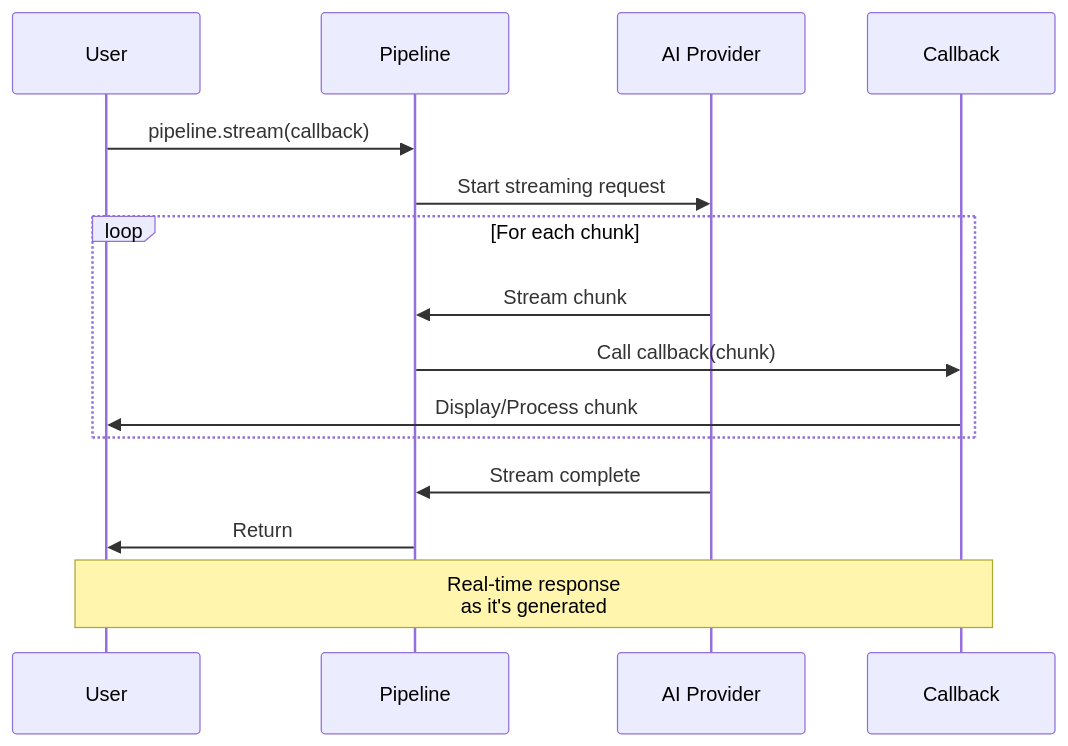
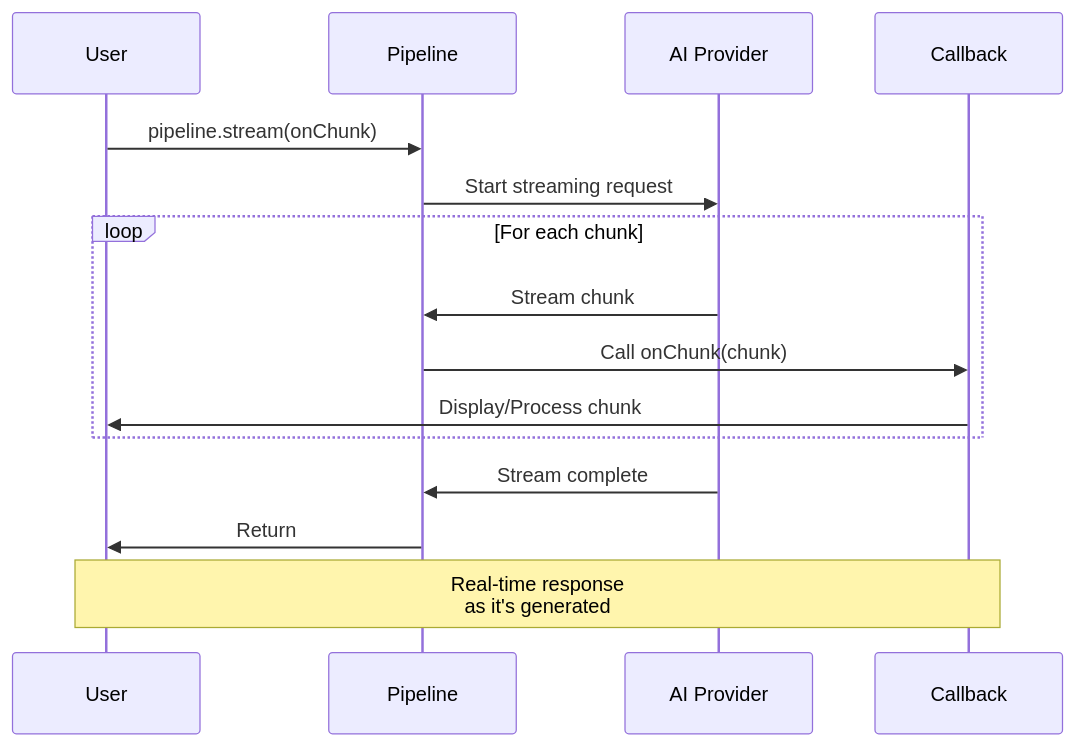
The diagram in main-components/pipelines/streaming.md (ortus-boxlang/bx-ai-docs), drawn with Mermaid before and after one commit. The commit also changed 2 other files, not shown here.

````diff
--- a/main-components/pipelines/streaming.md
+++ b/main-components/pipelines/streaming.md
@@ -14,21 +14,21 @@
 ```mermaid
 sequenceDiagram
     participant U as User
     participant P as Pipeline
     participant AI as AI Provider
     participant C as Callback
 
-    U->>P: pipeline.stream(callback)
+    U->>P: pipeline.stream(onChunk)
     P->>AI: Start streaming request
 
     loop For each chunk
         AI->>P: Stream chunk
-        P->>C: Call callback(chunk)
+        P->>C: Call onChunk(chunk)
         C->>U: Display/Process chunk
     end
 
     AI->>P: Stream complete
     P->>U: Return
 
     Note over U,C: Real-time response<br/>as it's generated
 ```
````
